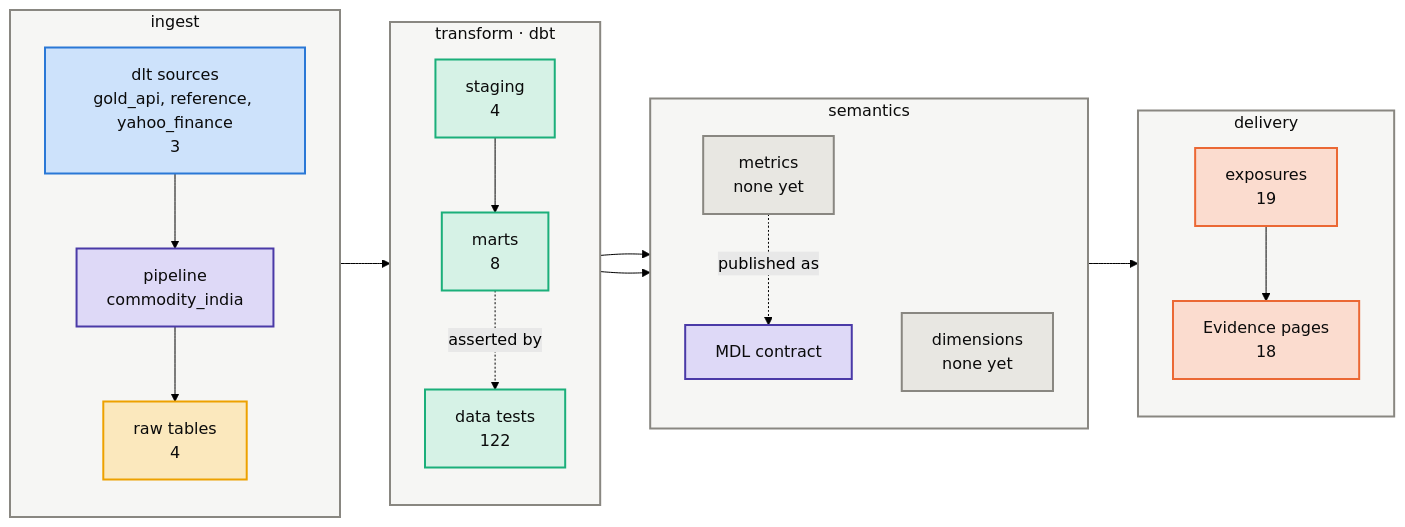
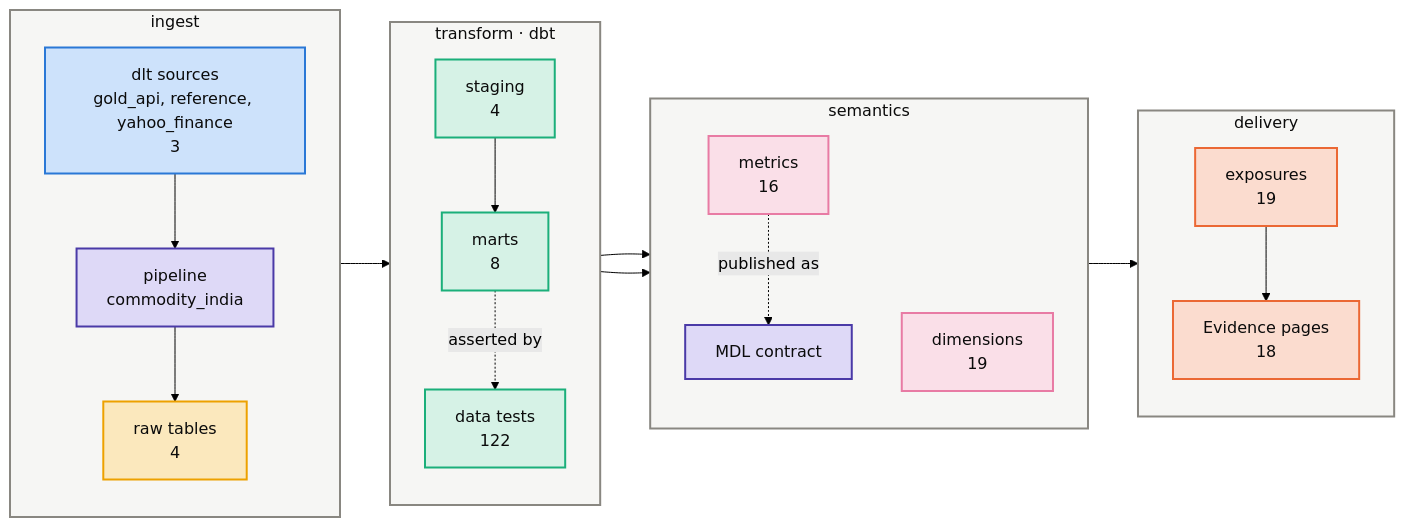
Before and after one commit to Atomz-org/data-platform: the first of 3 diagrams in groups/commodity/projects/commodity-india/kg/architecture.md, drawn with Mermaid (forest theme). The commit also changed other lines of this file and 8 other files, not shown here.

````diff
--- a/groups/commodity/projects/commodity-india/kg/architecture.md
+++ b/groups/commodity/projects/commodity-india/kg/architecture.md
@@ -10,41 +10,41 @@
 ```mermaid
 flowchart LR
     subgraph LI["ingest"]
         direction TB
         I1["dlt sources<br/>gold_api, reference, yahoo_finance<br/>3"]:::ingress
         I2["pipeline<br/>commodity_india"]:::platform
         I3["raw tables<br/>4"]:::raw
     end
     subgraph LT["transform · dbt"]
         direction TB
         T1["staging<br/>4"]:::model
         T2["marts<br/>8"]:::model
         T3["data tests<br/>122"]:::model
     end
     subgraph LS["semantics"]
         direction TB
-        S1["metrics<br/>none yet"]:::neutral
-        S2["dimensions<br/>none yet"]:::neutral
+        S1["metrics<br/>16"]:::metric
+        S2["dimensions<br/>19"]:::metric
         S3["MDL contract"]:::platform
     end
     subgraph LD["delivery"]
         direction TB
         D1["exposures<br/>19"]:::exposure
         D2["Evidence pages<br/>18"]:::exposure
     end
     I1 --> I2 --> I3 --> T1 --> T2
     T2 --> S1 --> D1 --> D2
     T2 --> S2
     S1 -.published as.-> S3
     T2 -.asserted by.-> T3
     classDef ingress fill:#cde2fb,stroke:#2a78d6,stroke-width:2px,color:#0b0b0b
     classDef platform fill:#ded9f7,stroke:#4a3aa7,stroke-width:2px,color:#0b0b0b
     classDef raw fill:#fbe8bd,stroke:#eda100,stroke-width:2px,color:#0b0b0b
     classDef model fill:#d6f2e6,stroke:#1baf7a,stroke-width:2px,color:#0b0b0b
     classDef metric fill:#fadfe8,stroke:#e87ba4,stroke-width:2px,color:#0b0b0b
     classDef exposure fill:#fbdccf,stroke:#eb6834,stroke-width:2px,color:#0b0b0b
     classDef neutral fill:#e8e7e2,stroke:#898781,stroke-width:2px,color:#0b0b0b
     classDef project fill:#e3eefc,stroke:#2a78d6,stroke-width:2px,color:#0b0b0b
     classDef lane fill:#f6f6f4,stroke:#898781,stroke-width:2px,color:#0b0b0b
     class LI,LT,LS,LD lane
 ```
````
